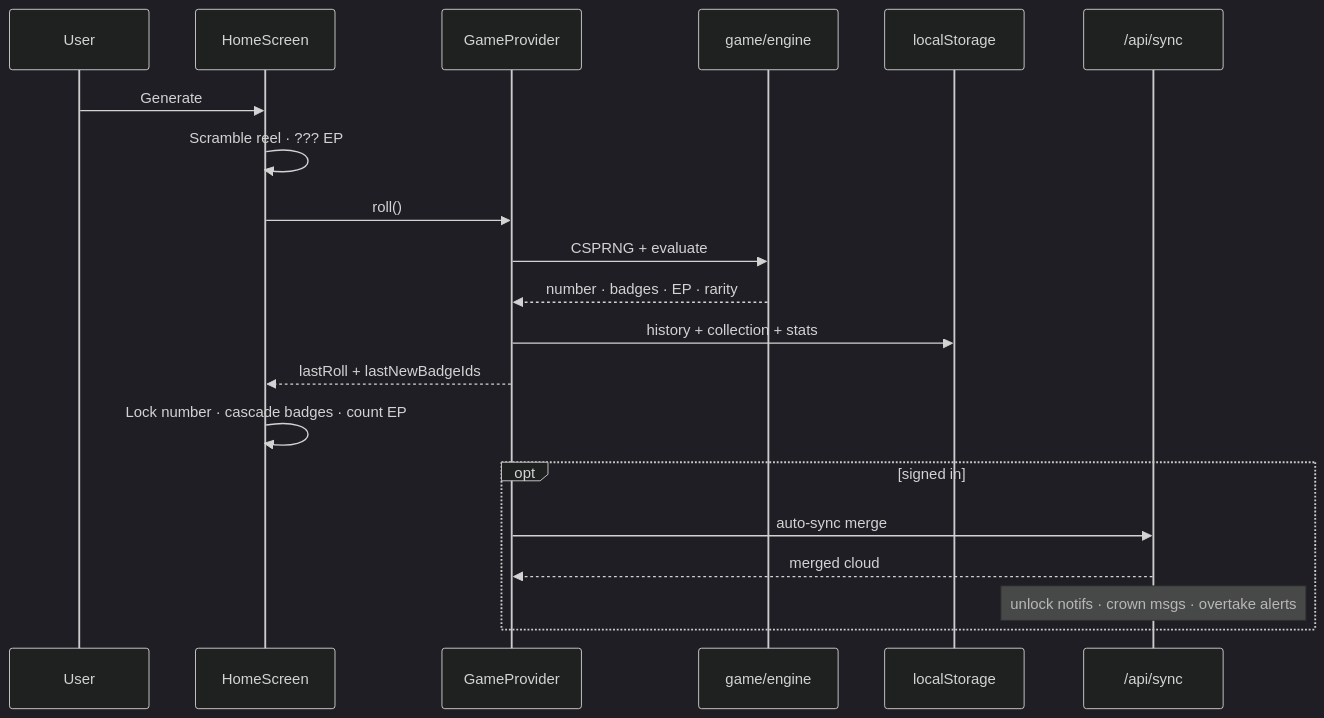
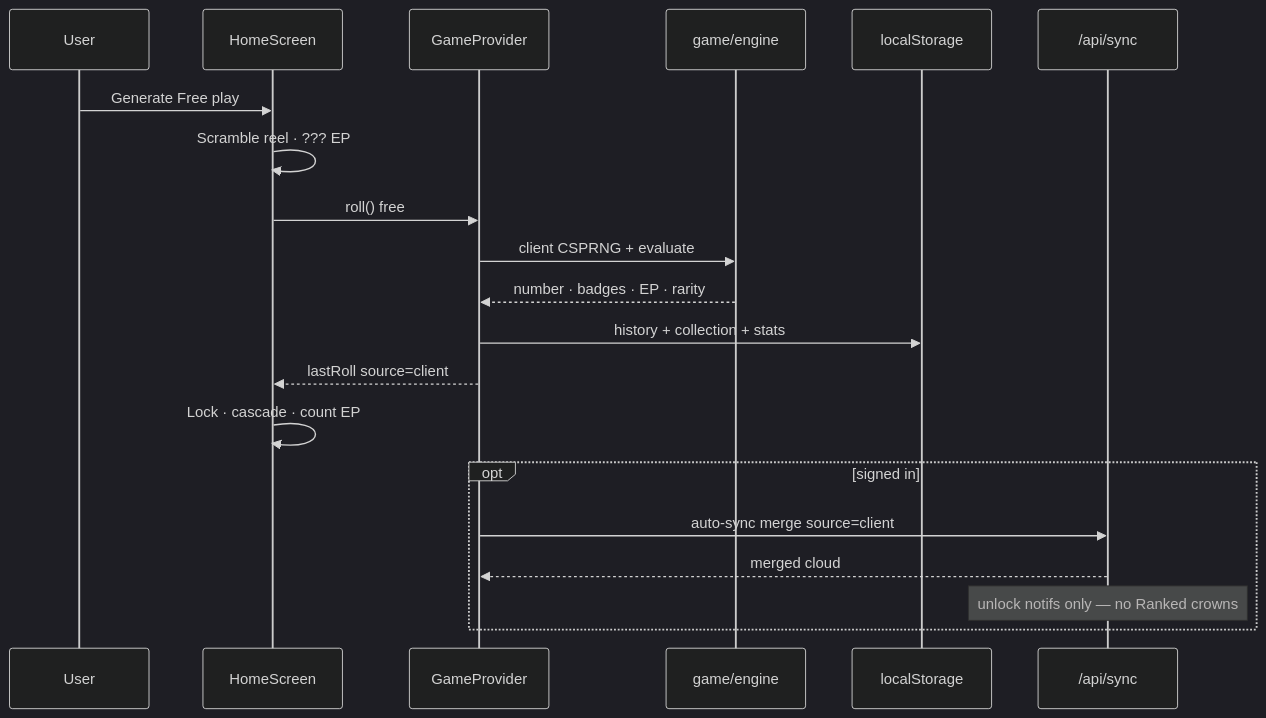
Before and after one commit to jondmarien/rngdle-unlocked: the second of 6 diagrams in docs/ARCHITECTURE.md, drawn with Mermaid (dark theme). The commit also changed other lines of this file and 7 other files, not shown here.

````diff
--- a/docs/ARCHITECTURE.md
+++ b/docs/ARCHITECTURE.md
@@ -33,23 +46,23 @@
 ```mermaid
 sequenceDiagram
   participant U as User
   participant H as HomeScreen
   participant G as GameProvider
   participant E as game/engine
   participant S as localStorage
   participant C as /api/sync
 
-  U->>H: Generate
+  U->>H: Generate Free play
   H->>H: Scramble reel · ??? EP
-  H->>G: roll()
-  G->>E: CSPRNG + evaluate
+  H->>G: roll() free
+  G->>E: client CSPRNG + evaluate
   E-->>G: number · badges · EP · rarity
   G->>S: history + collection + stats
-  G-->>H: lastRoll + lastNewBadgeIds
-  H->>H: Lock number · cascade badges · count EP
+  G-->>H: lastRoll source=client
+  H->>H: Lock · cascade · count EP
   opt signed in
-    G->>C: auto-sync merge
+    G->>C: auto-sync merge source=client
     C-->>G: merged cloud
-    Note over C: unlock notifs · crown msgs · overtake alerts
+    Note over C: unlock notifs only — no Ranked crowns
   end
 ```
````
